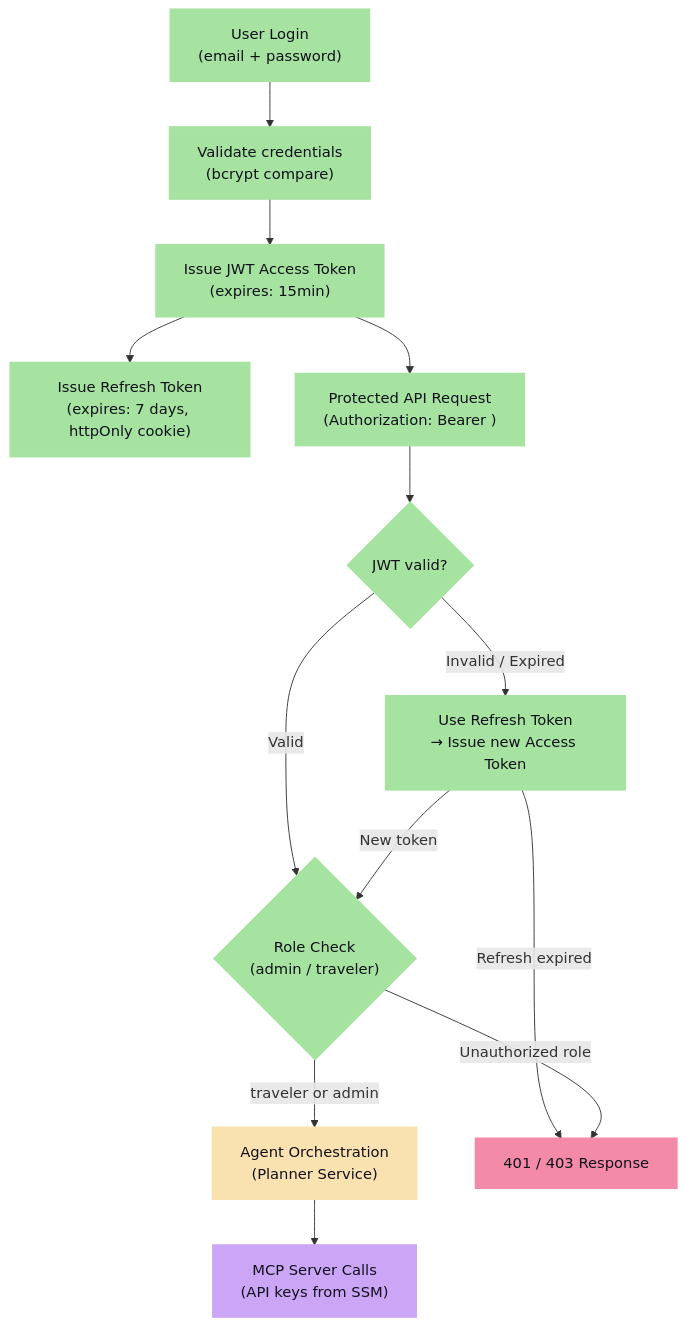
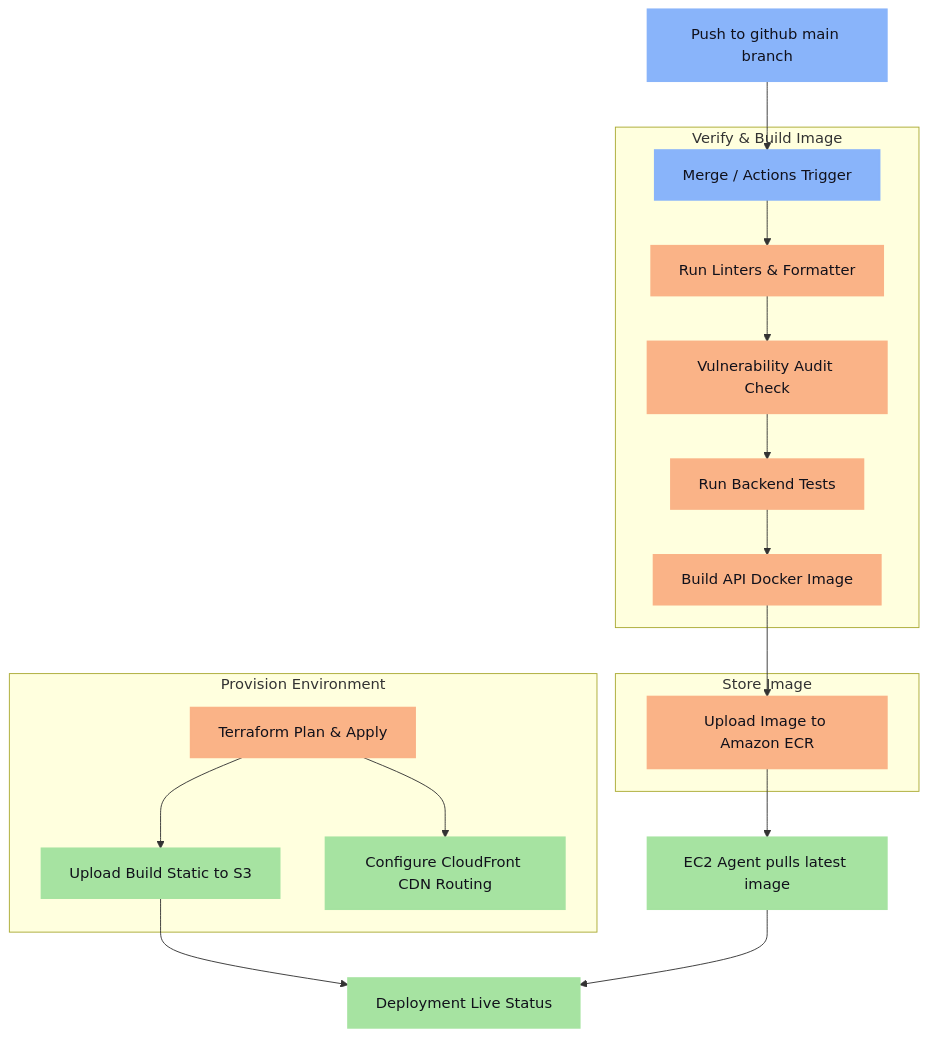
Before and after one commit to Dhayananth1511/CapStoneProject_Presidio_InternShip: diagram 11 of 12 in README.md, drawn with Mermaid. The commit also changed other lines of this file, not shown here.

Commit message:
Final Flow Chart

````diff
--- a/README.md
+++ b/README.md
@@ -882,33 +825,29 @@
 ```mermaid
 graph TD
     classDef default fill:#1e1e2e,stroke:#cdd6f4,stroke-width:2px,color:#cdd6f4;
-    classDef auth fill:#a6e3a1,stroke:#a6e3a1,stroke-width:2px,color:#11111b;
-    classDef agent fill:#f9e2af,stroke:#f9e2af,stroke-width:2px,color:#11111b;
-    classDef danger fill:#f38ba8,stroke:#f38ba8,stroke-width:2px,color:#11111b;
-    classDef mcp fill:#cba6f7,stroke:#cba6f7,stroke-width:2px,color:#11111b;
+    classDef trigger fill:#89b4fa,stroke:#89b4fa,stroke-width:2px,color:#11111b;
+    classDef step fill:#fab387,stroke:#fab387,stroke-width:2px,color:#11111b;
+    classDef dest fill:#a6e3a1,stroke:#a6e3a1,stroke-width:2px,color:#11111b;
 
-    User["User Login<br/>(email + password)"]:::auth
-    Validate["Validate credentials<br/>(bcrypt compare)"]:::auth
-    Issue["Issue JWT Access Token<br/>(expires: 15min)"]:::auth
-    Refresh["Issue Refresh Token<br/>(expires: 7 days, httpOnly cookie)"]:::auth
+    CodeChange["Push to github main branch"]:::trigger --> CITrigger["Merge / Actions Trigger"]:::trigger
     
-    Protected["Protected API Request<br/>(Authorization: Bearer <token>)"]:::auth
-    JWTCheck{"JWT valid?"}:::auth
-    RefreshFlow["Use Refresh Token<br/>→ Issue new Access Token"]:::auth
+    subgraph BuildAndVerify ["Verify & Build Image"]
+        CITrigger --> LintTask["Run Linters & Formatter"]:::step
+        LintTask --> AuditTask["Vulnerability Audit Check"]:::step
+        AuditTask --> TestSuite["Run Backend Tests"]:::step
+        TestSuite --> BuildDocker["Build API Docker Image"]:::step
+    end
     
-    RBAC{"Role Check<br/>(admin / traveler)"}:::auth
-    AgentAccess["Agent Orchestration<br/>(Planner Service)"]:::agent
-    MCPCalls["MCP Server Calls<br/>(API keys from SSM)"]:::mcp
-    Denied["401 / 403 Response"]:::danger
+    subgraph ContainerRegistry ["Store Image"]
+        BuildDocker --> PushesECR["Upload Image to Amazon ECR"]:::step
+    end
 
-    User --> Validate --> Issue --> Refresh
-    Issue --> Protected
-    Protected --> JWTCheck
-    JWTCheck -->|Invalid / Expired| RefreshFlow
-    JWTCheck -->|Valid| RBAC
-    RefreshFlow -->|New token| RBAC
-    RefreshFlow -->|Refresh expired| Denied
-    RBAC -->|traveler or admin| AgentAccess
-    RBAC -->|Unauthorized role| Denied
-    AgentAccess --> MCPCalls
+    subgraph AWSIacProvision ["Provision Environment"]
+        TerraformTask["Terraform Plan & Apply"]:::step --> S3Upload["Upload Build Static to S3"]:::dest
+        TerraformTask --> RouteConfigure["Configure CloudFront CDN Routing"]:::dest
+    end
+
+    PushesECR --> PullImage["EC2 Agent pulls latest image"]:::dest
+    S3Upload --> DeploySuccess["Deployment Live Status"]:::dest
+    PullImage --> DeploySuccess
 ```
````
